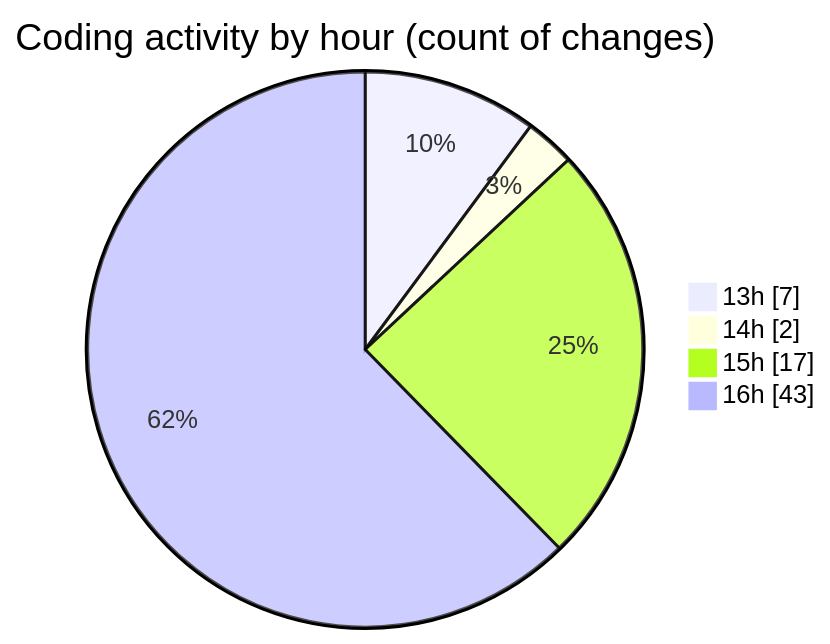
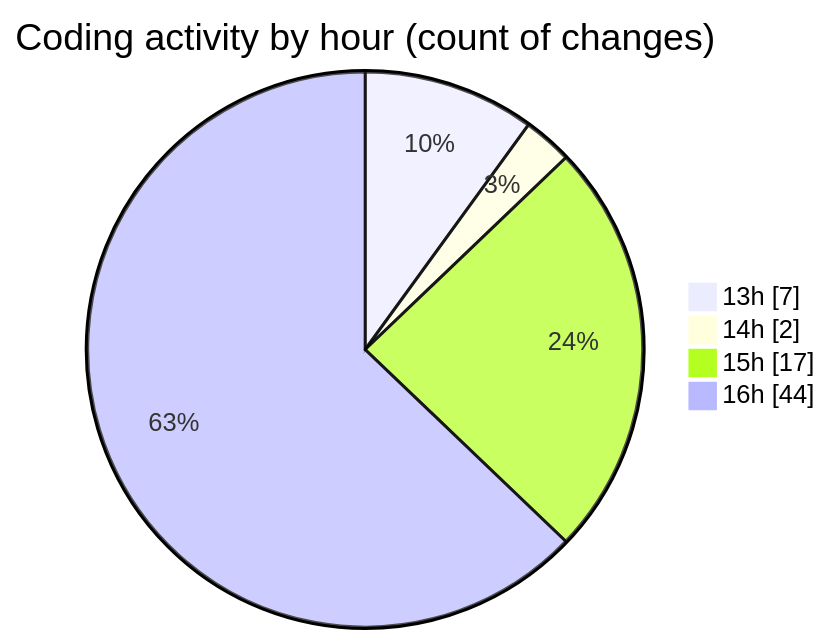
The second of 2 diagrams in 2025-02-24/micros/README.md (charlie-sans/code-tracking), drawn with Mermaid before and after one commit. The commit also changed other lines of this file and 1 other file, not shown here.

````diff
--- a/2025-02-24/micros/README.md
+++ b/2025-02-24/micros/README.md
@@ -45,8 +45,8 @@
 ```mermaid
 pie showData
 title Coding activity by hour (count of changes)
 "13h" : 7
 "14h" : 2
 "15h" : 17
-"16h" : 43
+"16h" : 44
 ```
````
